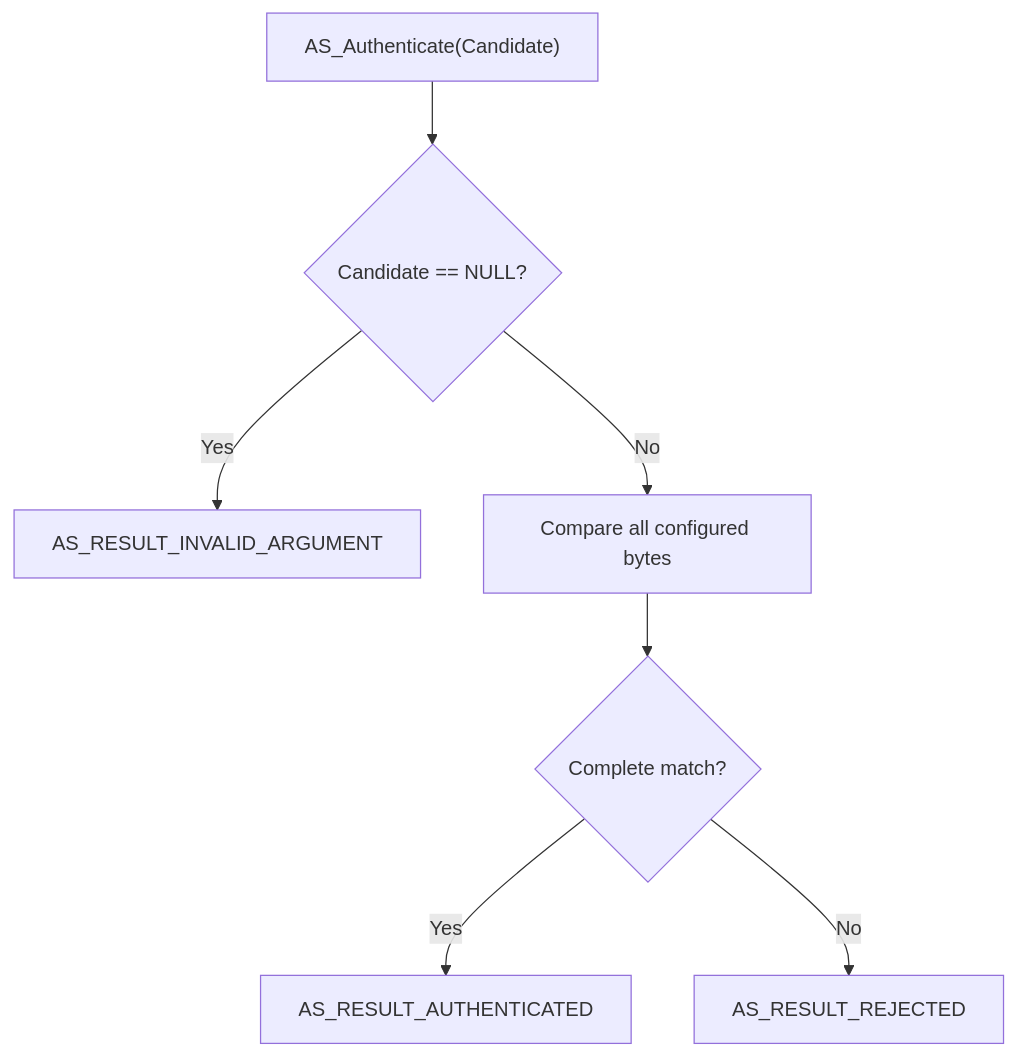
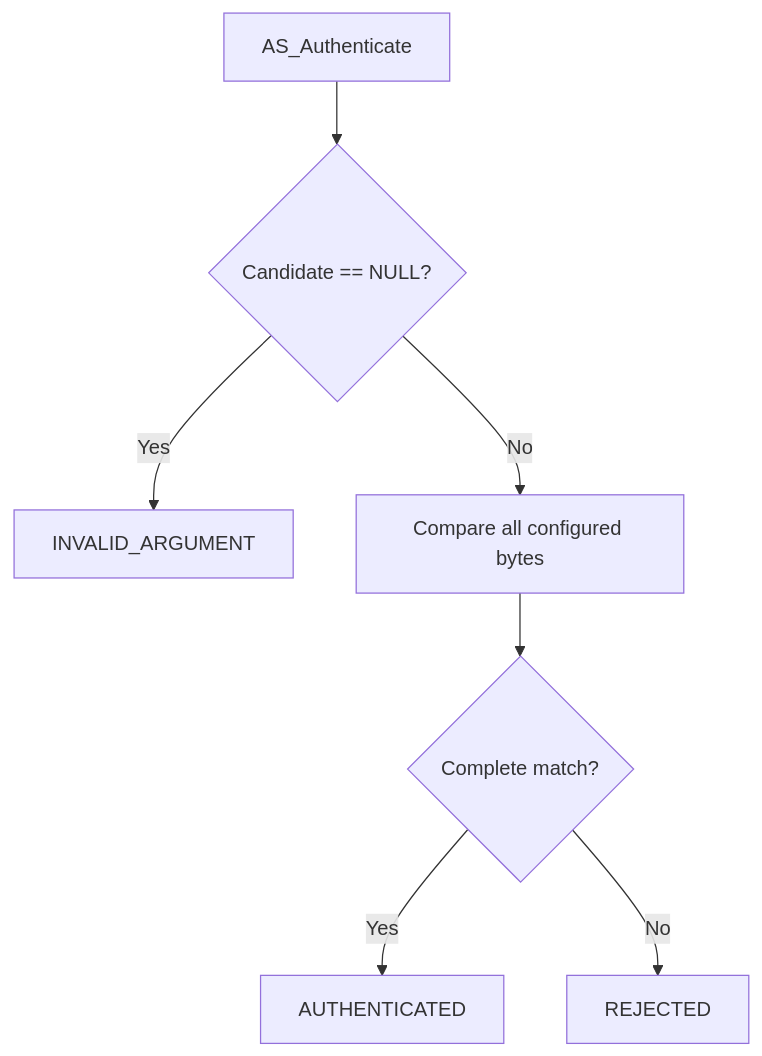
The second of 3 diagrams in Libs/Services/Authentication/README.md (JP-REY/STM32F103C8T6-Based-Electronic-Lock), drawn with Mermaid before and after one commit. The commit also changed 9 other files, not shown here.

````diff
--- a/Libs/Services/Authentication/README.md
+++ b/Libs/Services/Authentication/README.md
@@ -379,9 +379,9 @@
 ```mermaid
 flowchart TD
-    CALL["AS_Authenticate(Candidate)"] --> NULL{"Candidate == NULL?"}
-    NULL -->|"Yes"| INVALID["AS_RESULT_INVALID_ARGUMENT"]
+    CALL["AS_Authenticate"] --> NULL{"Candidate == NULL?"}
+    NULL -->|"Yes"| INVALID["INVALID_ARGUMENT"]
     NULL -->|"No"| COMPARE["Compare all configured bytes"]
     COMPARE --> MATCH{"Complete match?"}
-    MATCH -->|"Yes"| AUTH["AS_RESULT_AUTHENTICATED"]
-    MATCH -->|"No"| REJECT["AS_RESULT_REJECTED"]
+    MATCH -->|"Yes"| AUTH["AUTHENTICATED"]
+    MATCH -->|"No"| REJECT["REJECTED"]
 ```
````
